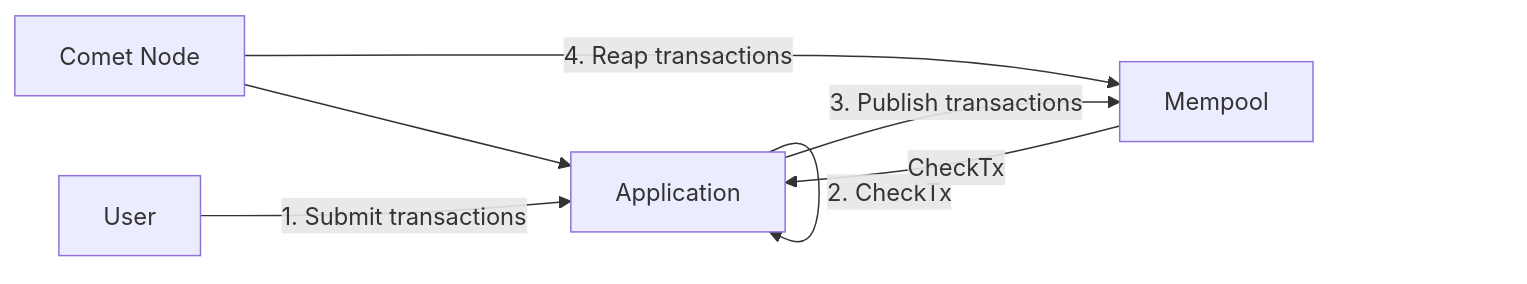
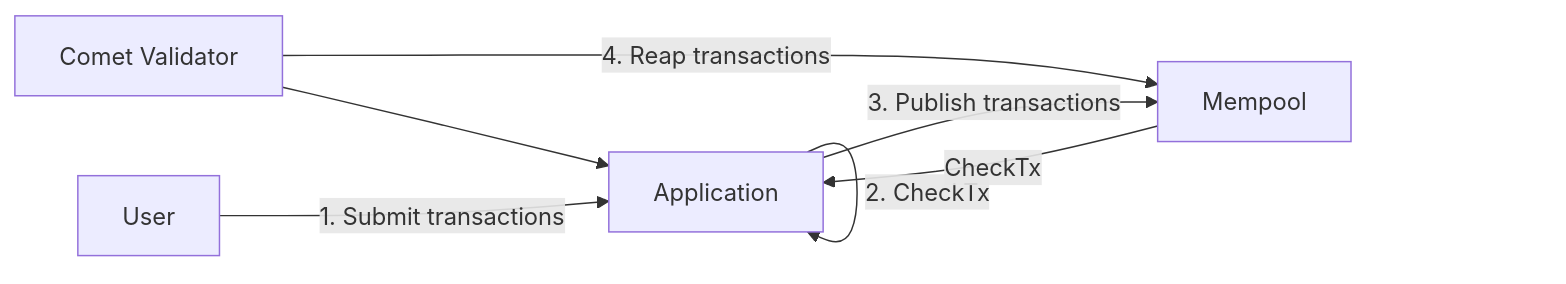
Before and after one commit to cometbft/cometbft: the first of 2 diagrams in docs/architecture/adr-110-remote-mempool.md, drawn with Mermaid. The commit also changed other lines of this file, not shown here.

Commit message:
Clarify relationship between remote mempool, validator and full nodes

````diff
--- a/docs/architecture/adr-110-remote-mempool.md
+++ b/docs/architecture/adr-110-remote-mempool.md
@@ -65,15 +68,15 @@
 ```mermaid
 flowchart LR
-    comet[Comet Node]
+    comet[Comet Validator]
     app[Application]
     mempool[Mempool]
     user[User]
 
     comet --> app
 
     comet -- 4. Reap transactions --> mempool
     user -- 1. Submit transactions --> app
     app -- 2. CheckTx --> app
     app -- 3. Publish transactions --> mempool
     mempool -- CheckTx --> app
 ```
````
